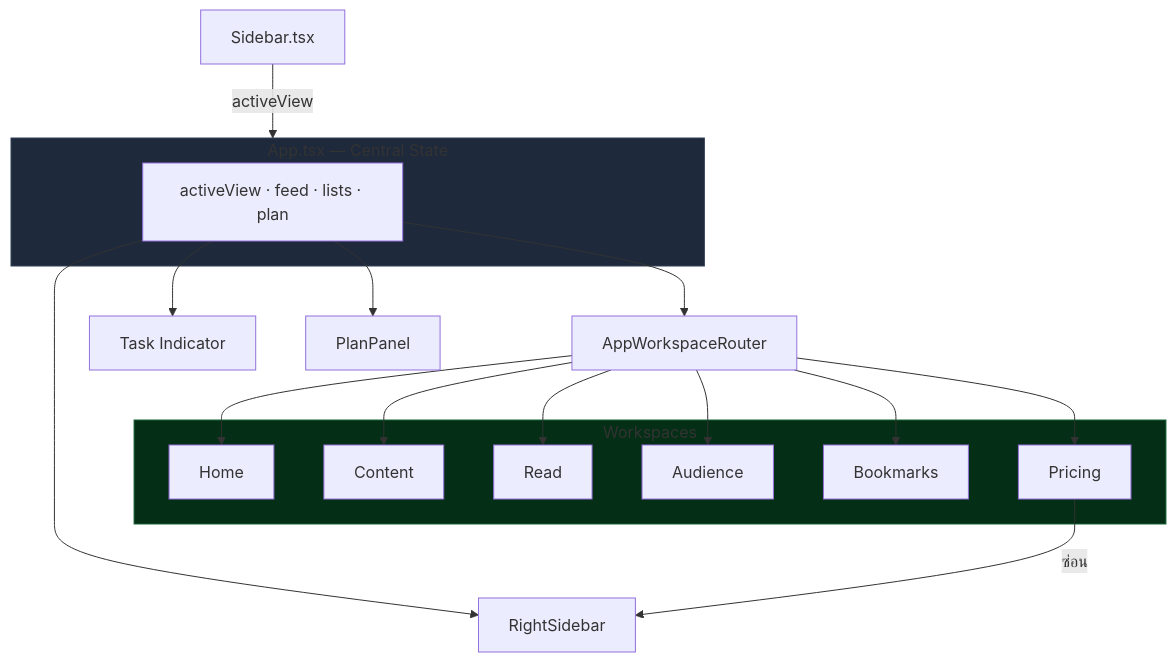
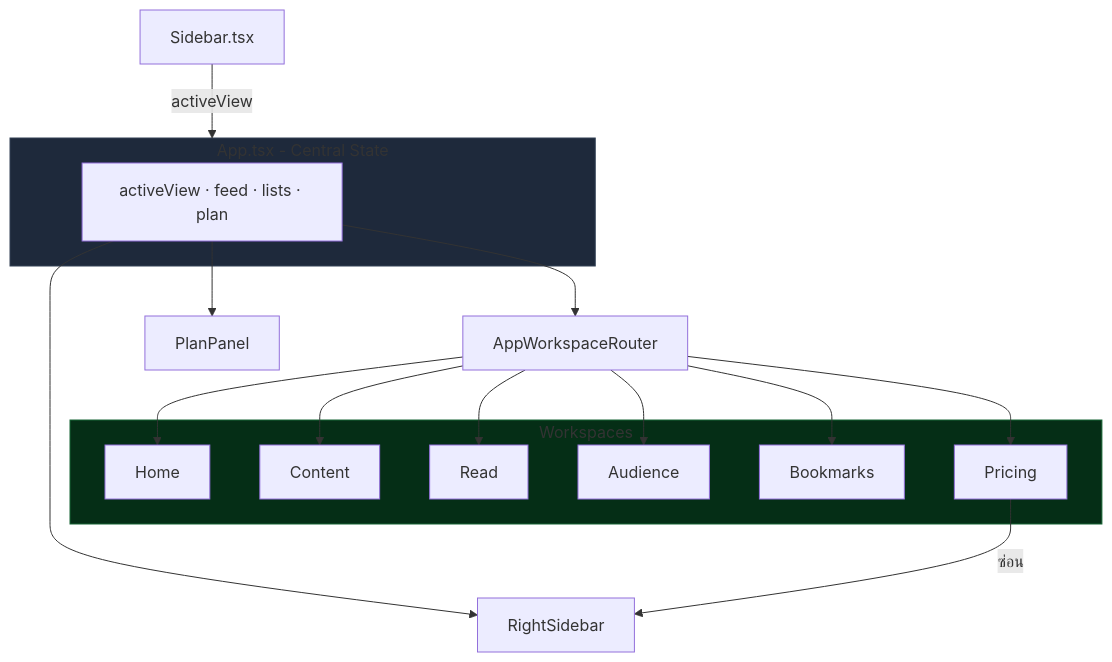
Before and after one commit to thefogusz/test: the diagram in docs/features/app-shell.md, drawn with Mermaid. The commit also changed other lines of this file and 7 other files, not shown here.

````diff
--- a/docs/features/app-shell.md
+++ b/docs/features/app-shell.md
@@ -9,28 +9,27 @@
 ```mermaid
 flowchart TD
     SIDEBAR[Sidebar.tsx] -- activeView --> APP
 
-    subgraph APP["App.tsx — Central State"]
+    subgraph APP["App.tsx - Central State"]
         STATE[activeView · feed · lists · plan]
     end
 
     STATE --> ROUTER[AppWorkspaceRouter]
     STATE --> RSIDEBAR[RightSidebar]
-    STATE --> TASKS[Task Indicator]
     STATE --> PLAN[PlanPanel]
 
     subgraph VIEWS["Workspaces"]
         HOME[Home]
         CONTENT[Content]
         READ[Read]
         AUDIENCE[Audience]
         BOOKMARKS[Bookmarks]
         PRICING[Pricing]
     end
 
     ROUTER --> HOME & CONTENT & READ & AUDIENCE & BOOKMARKS & PRICING
     PRICING -- ซ่อน --> RSIDEBAR
 
     style APP fill:#1e293b,stroke:#334155
     style VIEWS fill:#052e16,stroke:#166534
 ```
````
